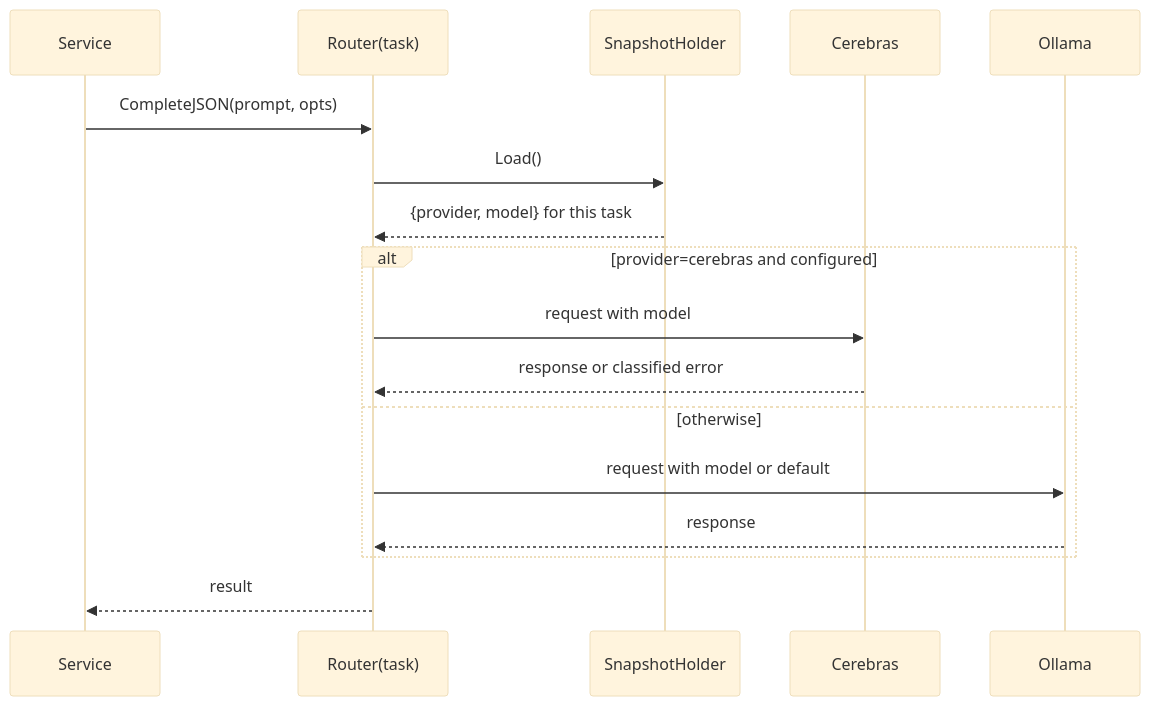
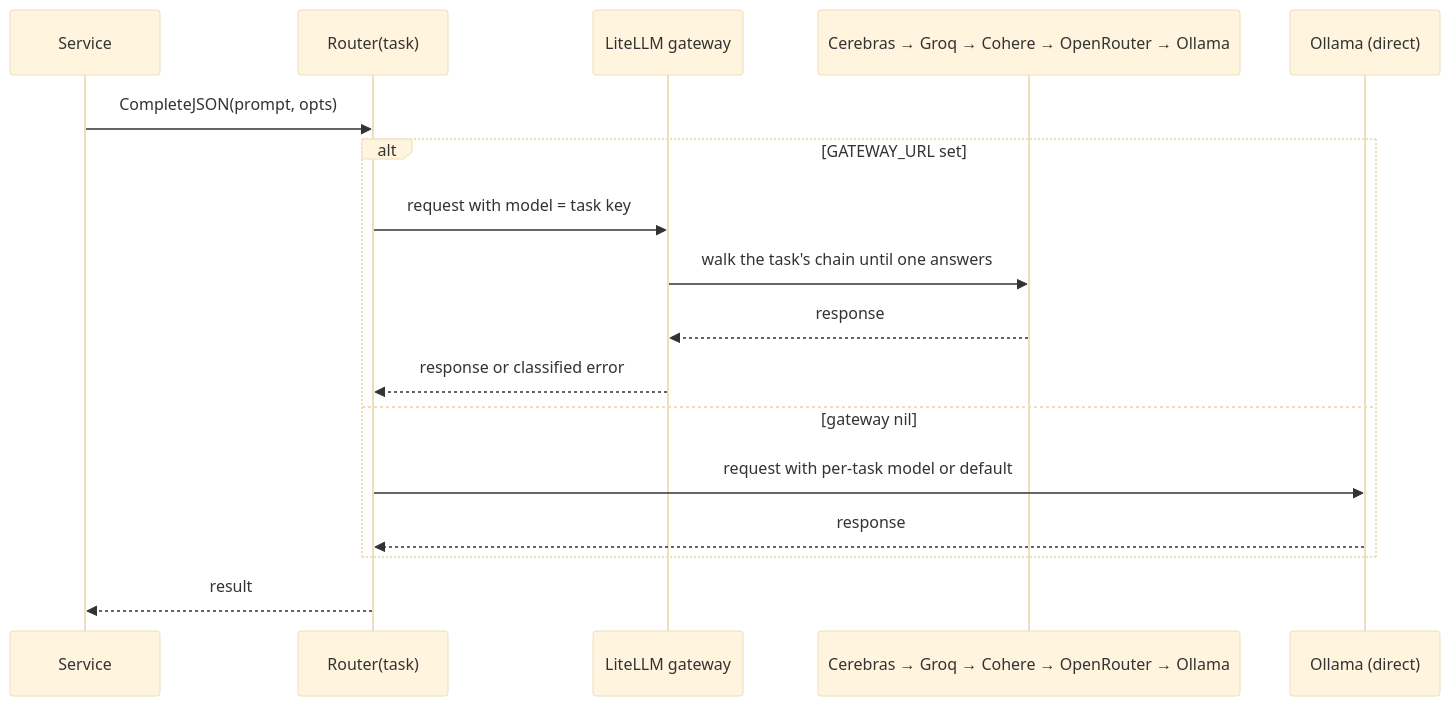
The second of 4 diagrams in docs/docs/ai/llm-abstraction.md (nonamecat19/job-finder), drawn with Mermaid (base theme) before and after one commit. The commit also changed other lines of this file and 15 other files, not shown here.

````diff
--- a/docs/docs/ai/llm-abstraction.md
+++ b/docs/docs/ai/llm-abstraction.md
@@ -121,19 +142,19 @@
 ```mermaid
 sequenceDiagram
     participant S as Service
     participant R as Router(task)
-    participant H as SnapshotHolder
-    participant C as Cerebras
-    participant O as Ollama
+    participant G as LiteLLM gateway
+    participant P as Cerebras → Groq → Cohere → OpenRouter → Ollama
+    participant O as Ollama (direct)
     S->>R: CompleteJSON(prompt, opts)
-    R->>H: Load()
-    H-->>R: {provider, model} for this task
-    alt provider=cerebras and configured
-        R->>C: request with model
-        C-->>R: response or classified error
-    else otherwise
-        R->>O: request with model or default
+    alt GATEWAY_URL set
+        R->>G: request with model = task key
+        G->>P: walk the task's chain until one answers
+        P-->>G: response
+        G-->>R: response or classified error
+    else gateway nil
+        R->>O: request with per-task model or default
         O-->>R: response
     end
     R-->>S: result
 ```
````
